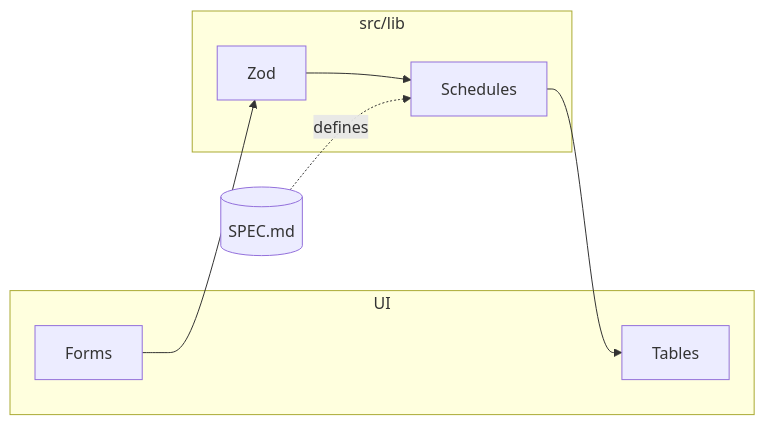
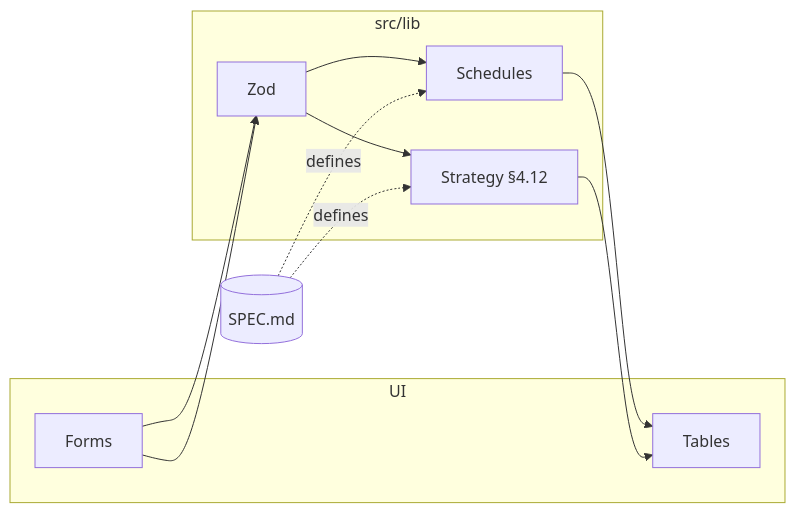
Before and after one commit to eswarkrishna/FinancialPlanner: the diagram in docs/OVERVIEW.md, drawn with Mermaid. The commit also changed other lines of this file and 30 other files, not shown here.

First line of the commit message:
Add repayment strategy planner (SPEC §4.12)

````diff
--- a/docs/OVERVIEW.md
+++ b/docs/OVERVIEW.md
@@ -23,14 +24,17 @@
 ```mermaid
 flowchart LR
   subgraph ui [UI]
     F[Forms]
     T[Tables]
   end
   subgraph lib [src/lib]
     Z[Zod]
     S[Schedules]
+    ST[Strategy §4.12]
   end
   SPEC[(SPEC.md)]
   F --> Z --> S --> T
+  F --> Z --> ST --> T
   SPEC -.->|defines| S
+  SPEC -.->|defines| ST
 ```
````
